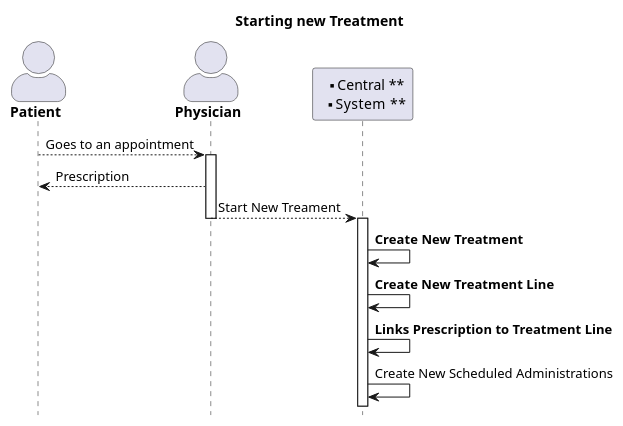
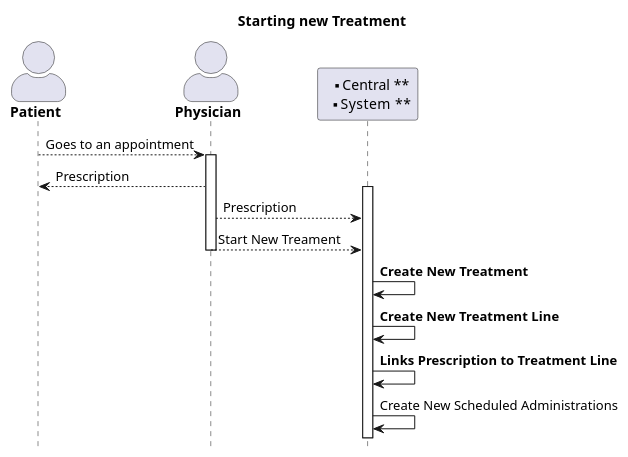
The diagram in input/images-source/creation-of-treatment.plantuml (costateixeira/hl7-be-fhir-medication), drawn with PlantUML before and after one commit.

Commit message:
changes treatment uml

```diff
--- a/input/images-source/creation-of-treatment.plantuml
+++ b/input/images-source/creation-of-treatment.plantuml
@@ -1,25 +1,27 @@
 @startuml
 title Starting new Treatment
 skinparam actorStyle awesome
 
 hide footbox
 
 '!include ./style.iuml
 
 actor "**Patient**" as P
 actor "**Physician**" as PHY
 Participant "** Central **\n**  System  **" as PIS
 
 P --> PHY : Goes to an appointment
 activate PHY
 PHY --> P: Prescription 
+activate PIS
+
+PHY --> PIS: Prescription
 PHY --> PIS: Start New Treament
 deactivate PHY
 
-activate PIS
 PIS -> PIS : **Create New Treatment**
 PIS -> PIS : **Create New Treatment Line**
 PIS -> PIS : **Links Prescription to Treatment Line**
 PIS -> PIS : Create New Scheduled Administrations
 
 @enduml
```
